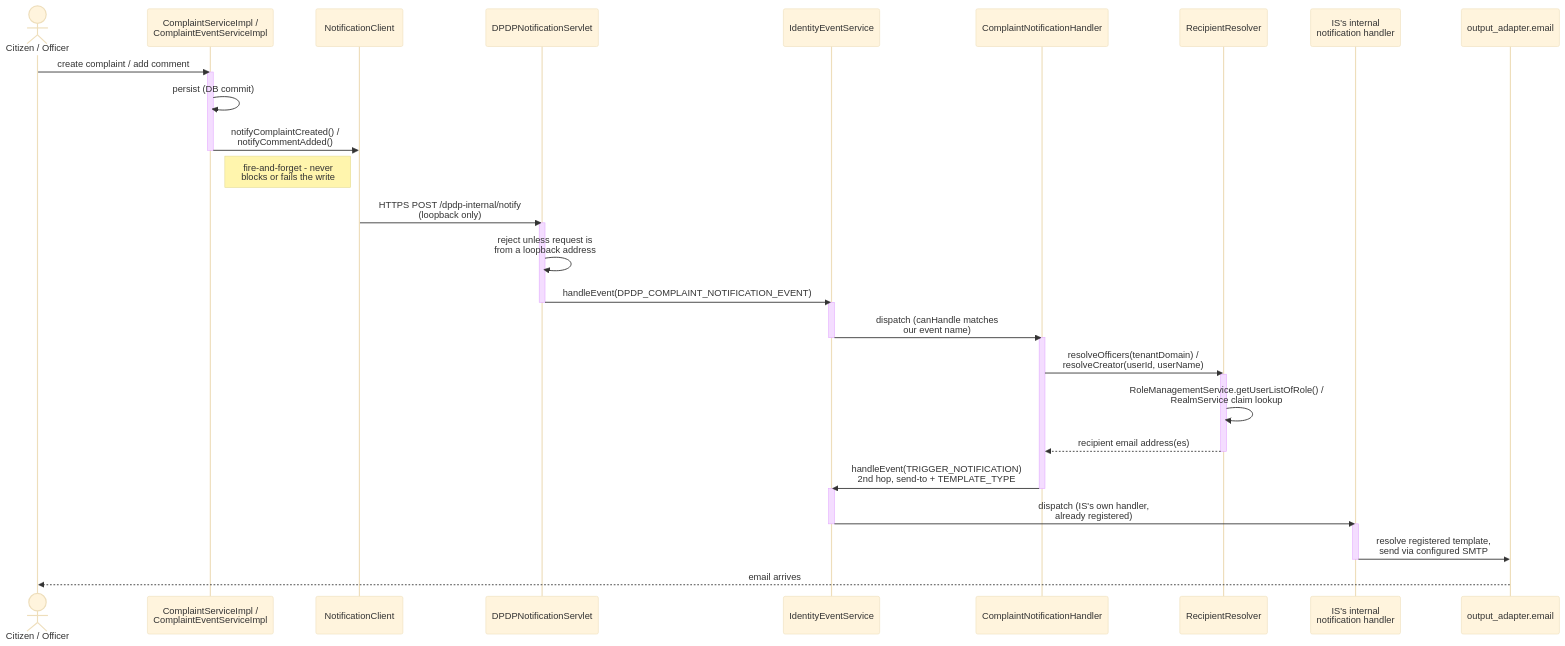
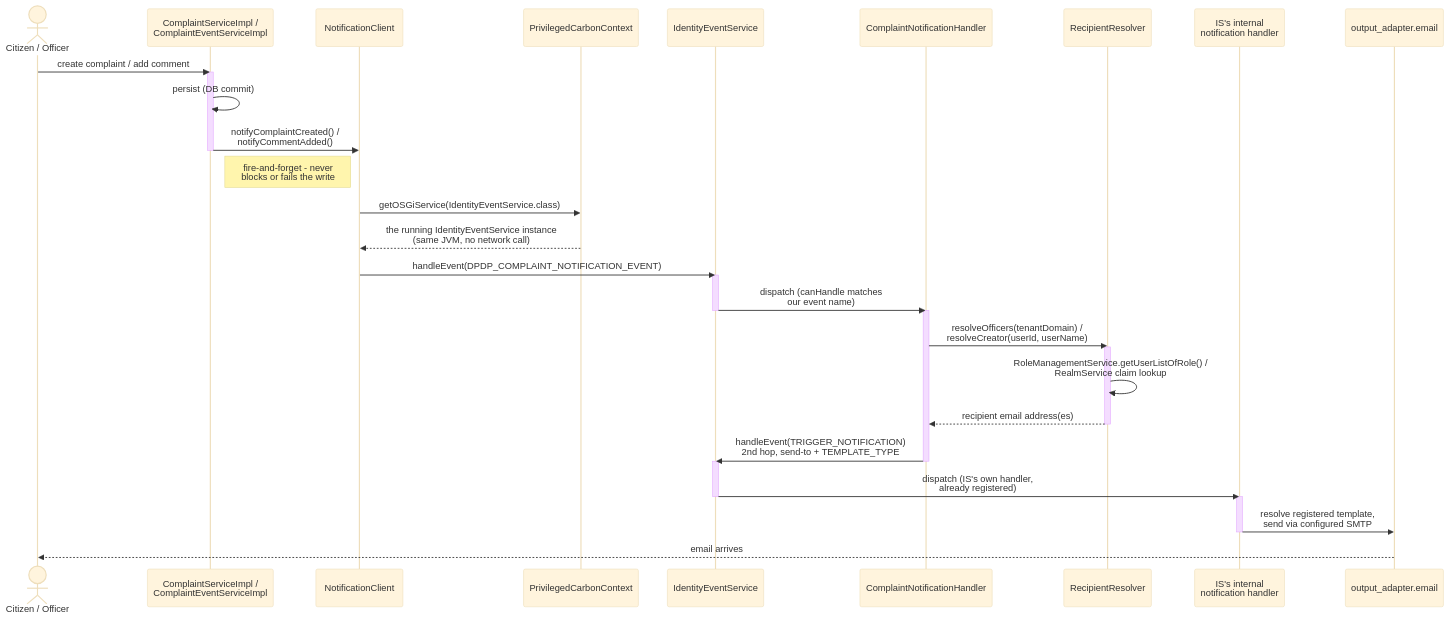
Before and after one commit to ParameswaranSajeenthiran/dpdp-accelerator: the third of 3 diagrams in COMPLAINT-NOTIFICATION-DESIGN.md, drawn with Mermaid (base theme). The commit also changed other lines of this file and 9 other files, not shown here.

First line of the commit message:
Replace HTTP notification bridge with direct OSGi service lookup

````diff
--- a/COMPLAINT-NOTIFICATION-DESIGN.md
+++ b/COMPLAINT-NOTIFICATION-DESIGN.md
@@ -219,42 +220,40 @@
 ```mermaid
 sequenceDiagram
     actor U as Citizen / Officer
     participant SVC as ComplaintServiceImpl /<br/>ComplaintEventServiceImpl
     participant NC as NotificationClient
-    participant SRV as DPDPNotificationServlet
+    participant PCC as PrivilegedCarbonContext
     participant IES as IdentityEventService
     participant H as ComplaintNotificationHandler
     participant R as RecipientResolver
     participant ISH as IS's internal<br/>notification handler
     participant SMTP as output_adapter.email
 
     U->>SVC: create complaint / add comment
     activate SVC
     SVC->>SVC: persist (DB commit)
     SVC->>NC: notifyComplaintCreated() /<br/>notifyCommentAdded()
     deactivate SVC
     Note right of SVC: fire-and-forget - never<br/>blocks or fails the write
-    NC->>SRV: HTTPS POST /dpdp-internal/notify<br/>(loopback only)
-    activate SRV
-    SRV->>SRV: reject unless request is<br/>from a loopback address
-    SRV->>IES: handleEvent(DPDP_COMPLAINT_NOTIFICATION_EVENT)
-    deactivate SRV
+    NC->>PCC: getOSGiService(IdentityEventService.class)
+    PCC-->>NC: the running IdentityEventService instance<br/>(same JVM, no network call)
+    NC->>IES: handleEvent(DPDP_COMPLAINT_NOTIFICATION_EVENT)
     activate IES
     IES->>H: dispatch (canHandle matches<br/>our event name)
     deactivate IES
     activate H
     H->>R: resolveOfficers(tenantDomain) /<br/>resolveCreator(userId, userName)
     activate R
     R->>R: RoleManagementService.getUserListOfRole() /<br/>RealmService claim lookup
     R-->>H: recipient email address(es)
     deactivate R
     H->>IES: handleEvent(TRIGGER_NOTIFICATION)<br/>2nd hop, send-to + TEMPLATE_TYPE
     deactivate H
     activate IES
     IES->>ISH: dispatch (IS's own handler,<br/>already registered)
     deactivate IES
     activate ISH
     ISH->>SMTP: resolve registered template,<br/>send via configured SMTP
     deactivate ISH
     SMTP-->>U: email arrives
 ```
````
